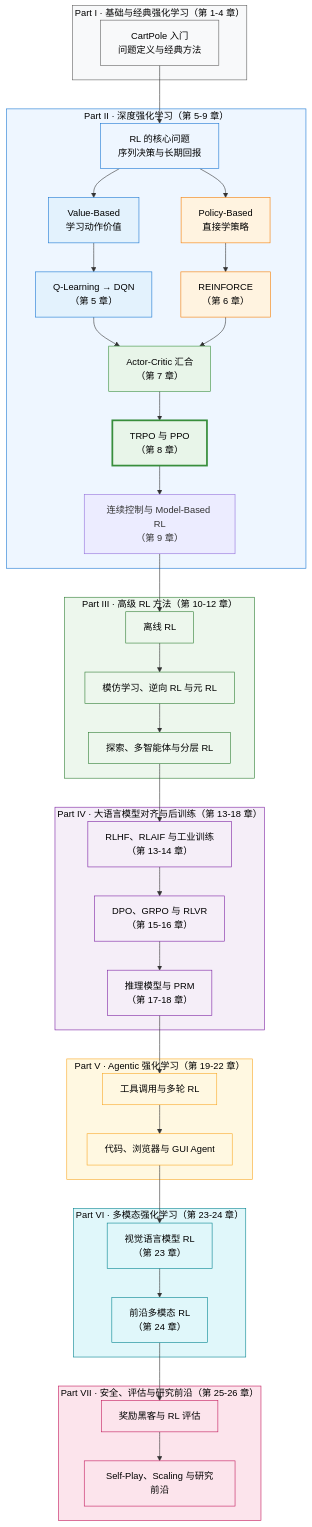
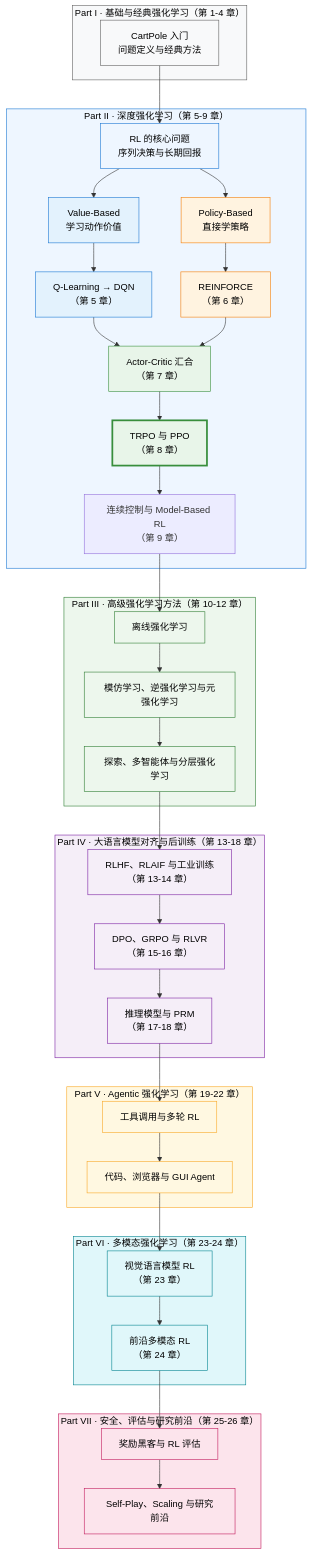
The diagram in docs/preface/intro.md (CrazyForks/hands-on-modern-rl), drawn with Mermaid before and after one commit. The commit also changed other lines of this file and 177 other files, not shown here.

````diff
--- a/docs/preface/intro.md
+++ b/docs/preface/intro.md
@@ -315,75 +315,75 @@
 ```mermaid
 graph TD
     subgraph P1["Part I · 基础与经典强化学习（第 1-4 章）"]
         Q["CartPole 入门<br/>问题定义与经典方法"]
     end
 
     subgraph P2["Part II · 深度强化学习（第 5-9 章）"]
         A["RL 的核心问题<br/>序列决策与长期回报"] --> B["Value-Based<br/>学习动作价值"]
         A --> C["Policy-Based<br/>直接学策略"]
         B --> D["Q-Learning → DQN<br/>（第 5 章）"]
         C --> E["REINFORCE<br/>（第 6 章）"]
         D --> F["Actor-Critic 汇合<br/>（第 7 章）"]
         E --> F
         F --> G["TRPO 与 PPO<br/>（第 8 章）"]
         G --> H["连续控制与 Model-Based RL<br/>（第 9 章）"]
     end
 
-    subgraph P3["Part III · 高级 RL 方法（第 10-12 章）"]
-        I["离线 RL"] --> J["模仿学习、逆向 RL 与元 RL"]
-        J --> K["探索、多智能体与分层 RL"]
+    subgraph P3["Part III · 高级强化学习方法（第 10-12 章）"]
+        I["离线强化学习"] --> J["模仿学习、逆强化学习与元强化学习"]
+        J --> K["探索、多智能体与分层强化学习"]
     end
 
     subgraph P4["Part IV · 大语言模型对齐与后训练（第 13-18 章）"]
         L["RLHF、RLAIF 与工业训练<br/>（第 13-14 章）"] --> M["DPO、GRPO 与 RLVR<br/>（第 15-16 章）"]
         M --> N["推理模型与 PRM<br/>（第 17-18 章）"]
     end
 
     subgraph P5["Part V · Agentic 强化学习（第 19-22 章）"]
         O["工具调用与多轮 RL"] --> P["代码、浏览器与 GUI Agent"]
     end
 
     subgraph P6["Part VI · 多模态强化学习（第 23-24 章）"]
         R["视觉语言模型 RL<br/>（第 23 章）"] --> S["前沿多模态 RL<br/>（第 24 章）"]
     end
 
     subgraph P7["Part VII · 安全、评估与研究前沿（第 25-26 章）"]
         T["奖励黑客与 RL 评估"] --> U["Self-Play、Scaling 与研究前沿"]
     end
 
     Q --> A
     H --> I
     K --> L
     N --> O
     P --> R
     S --> T
 
     style P1 fill:#f8f9fa,stroke:#616161,color:#000
     style P2 fill:#eef6ff,stroke:#1976d2,color:#000
     style P3 fill:#edf7ed,stroke:#2e7d32,color:#000
     style P4 fill:#f5eef8,stroke:#7b1fa2,color:#000
     style P5 fill:#fff8e1,stroke:#f9a825,color:#000
     style P6 fill:#e0f7fa,stroke:#00838f,color:#000
     style P7 fill:#fce4ec,stroke:#c2185b,color:#000
     style Q fill:#f8f9fa,stroke:#616161,color:#000
     style A fill:#eef6ff,stroke:#1976d2,color:#000
     style B fill:#e3f2fd,stroke:#1976d2,color:#000
     style D fill:#e3f2fd,stroke:#1976d2,color:#000
     style C fill:#fff3e0,stroke:#f57c00,color:#000
     style E fill:#fff3e0,stroke:#f57c00,color:#000
     style F fill:#e8f5e9,stroke:#388e3c,color:#000
     style G fill:#e8f5e9,stroke:#388e3c,stroke-width:3px,color:#000
     style I fill:#edf7ed,stroke:#2e7d32,color:#000
     style J fill:#edf7ed,stroke:#2e7d32,color:#000
     style K fill:#edf7ed,stroke:#2e7d32,color:#000
     style L fill:#f5eef8,stroke:#7b1fa2,color:#000
     style M fill:#f5eef8,stroke:#7b1fa2,color:#000
     style N fill:#f5eef8,stroke:#7b1fa2,color:#000
     style O fill:#fff8e1,stroke:#f9a825,color:#000
     style P fill:#fff8e1,stroke:#f9a825,color:#000
     style R fill:#e0f7fa,stroke:#00838f,color:#000
     style S fill:#e0f7fa,stroke:#00838f,color:#000
     style T fill:#fce4ec,stroke:#c2185b,color:#000
     style U fill:#fce4ec,stroke:#c2185b,color:#000
 
 ```
````
